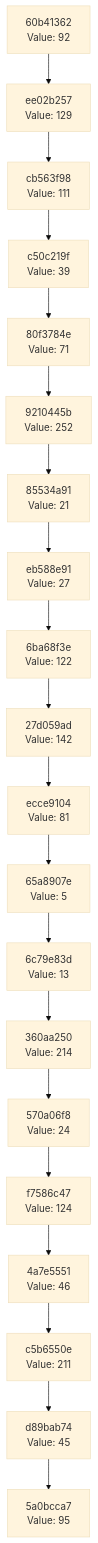
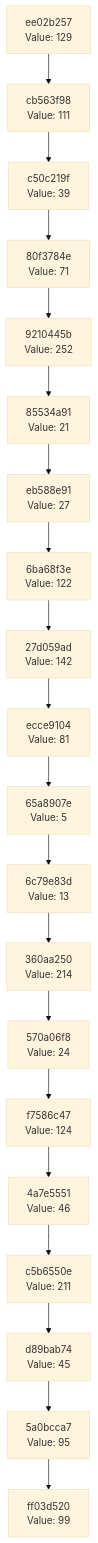
The diagram in docs/CHAIN_VISUALIZATION.md (Abhisheksinha1506/hash-chain-evolver), drawn with Mermaid (base theme) before and after one commit. The commit also changed 1 other file, not shown here.

Commit message:
Evolution Step

````diff
--- a/docs/CHAIN_VISUALIZATION.md
+++ b/docs/CHAIN_VISUALIZATION.md
@@ -3,42 +3,42 @@
 ```mermaid
 graph TD
-    C0["5a0bcca7<br/>Value: 95"]
-    C1["d89bab74<br/>Value: 45"]
+    C0["ff03d520<br/>Value: 99"]
+    C1["5a0bcca7<br/>Value: 95"]
     C1 --> C0
-    C2["c5b6550e<br/>Value: 211"]
+    C2["d89bab74<br/>Value: 45"]
     C2 --> C1
-    C3["4a7e5551<br/>Value: 46"]
+    C3["c5b6550e<br/>Value: 211"]
     C3 --> C2
-    C4["f7586c47<br/>Value: 124"]
+    C4["4a7e5551<br/>Value: 46"]
     C4 --> C3
-    C5["570a06f8<br/>Value: 24"]
+    C5["f7586c47<br/>Value: 124"]
     C5 --> C4
-    C6["360aa250<br/>Value: 214"]
+    C6["570a06f8<br/>Value: 24"]
     C6 --> C5
-    C7["6c79e83d<br/>Value: 13"]
+    C7["360aa250<br/>Value: 214"]
     C7 --> C6
-    C8["65a8907e<br/>Value: 5"]
+    C8["6c79e83d<br/>Value: 13"]
     C8 --> C7
-    C9["ecce9104<br/>Value: 81"]
+    C9["65a8907e<br/>Value: 5"]
     C9 --> C8
-    C10["27d059ad<br/>Value: 142"]
+    C10["ecce9104<br/>Value: 81"]
     C10 --> C9
-    C11["6ba68f3e<br/>Value: 122"]
+    C11["27d059ad<br/>Value: 142"]
     C11 --> C10
-    C12["eb588e91<br/>Value: 27"]
+    C12["6ba68f3e<br/>Value: 122"]
     C12 --> C11
-    C13["85534a91<br/>Value: 21"]
+    C13["eb588e91<br/>Value: 27"]
     C13 --> C12
-    C14["9210445b<br/>Value: 252"]
+    C14["85534a91<br/>Value: 21"]
     C14 --> C13
-    C15["80f3784e<br/>Value: 71"]
+    C15["9210445b<br/>Value: 252"]
     C15 --> C14
-    C16["c50c219f<br/>Value: 39"]
+    C16["80f3784e<br/>Value: 71"]
     C16 --> C15
-    C17["cb563f98<br/>Value: 111"]
+    C17["c50c219f<br/>Value: 39"]
     C17 --> C16
-    C18["ee02b257<br/>Value: 129"]
+    C18["cb563f98<br/>Value: 111"]
     C18 --> C17
-    C19["60b41362<br/>Value: 92"]
+    C19["ee02b257<br/>Value: 129"]
     C19 --> C18
 ```
````
